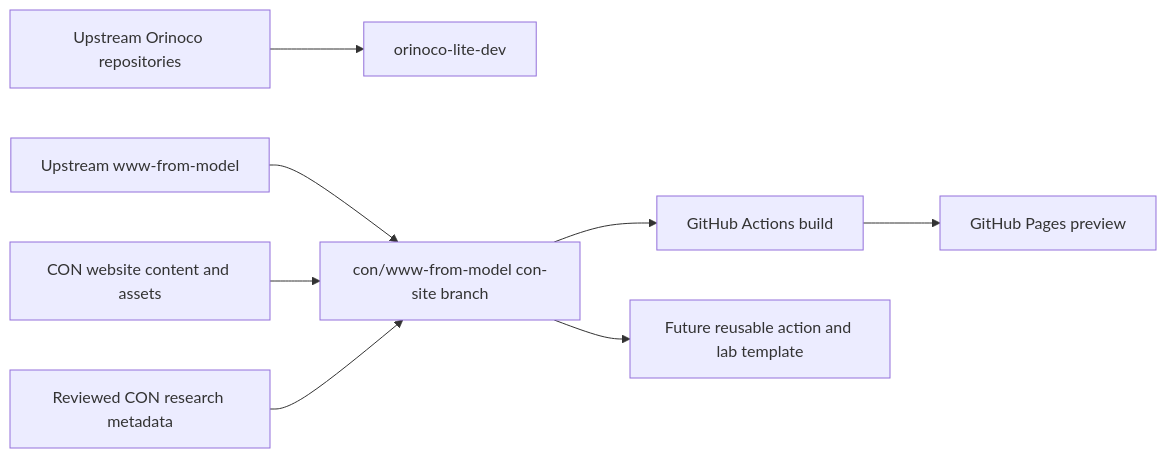
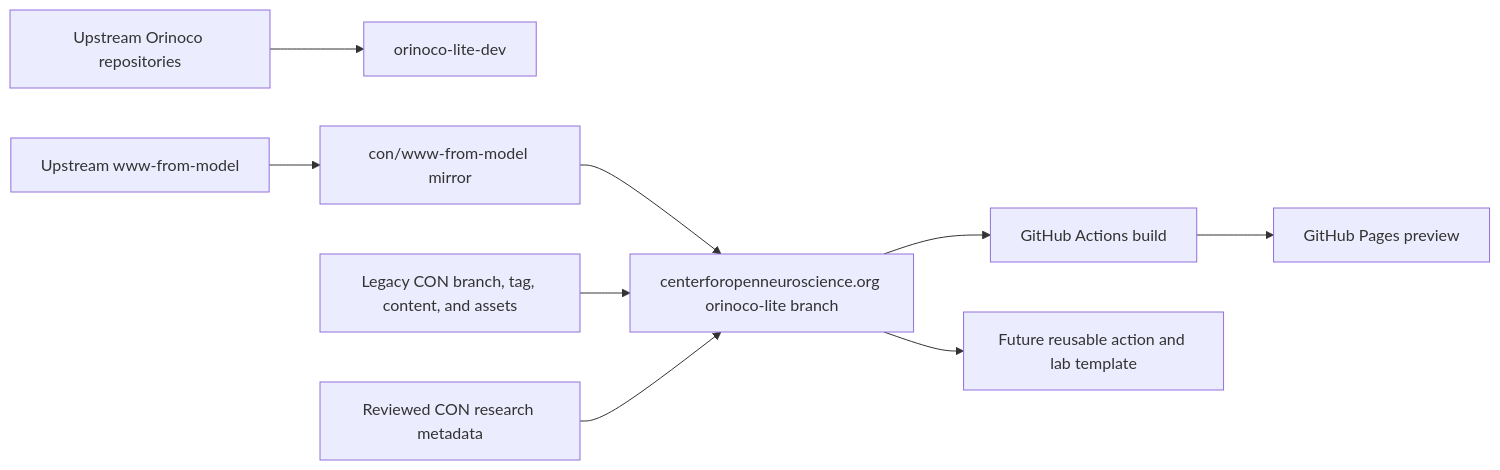
Before and after one commit to ORINOCO-Lite/orinoco-lite-dev: the diagram in README.md, drawn with Mermaid. The commit also changed other lines of this file and 2 other files, not shown here.

Commit message:
define CON website history strategy

````diff
--- a/README.md
+++ b/README.md
@@ -24,10 +27,11 @@
 ```mermaid
 flowchart LR
     U["Upstream Orinoco repositories"] --> D["orinoco-lite-dev"]
-    W["Upstream www-from-model"] --> I["con/www-from-model con-site branch"]
-    C["CON website content and assets"] --> I
+    W["Upstream www-from-model"] --> M["con/www-from-model mirror"]
+    M --> I["centerforopenneuroscience.org orinoco-lite branch"]
+    C["Legacy CON branch, tag, content, and assets"] --> I
     R["Reviewed CON research metadata"] --> I
     I --> A["GitHub Actions build"]
     A --> P["GitHub Pages preview"]
     I --> F["Future reusable action and lab template"]
 ```
````
